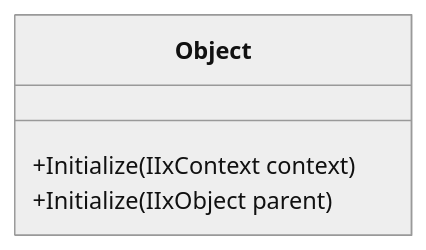
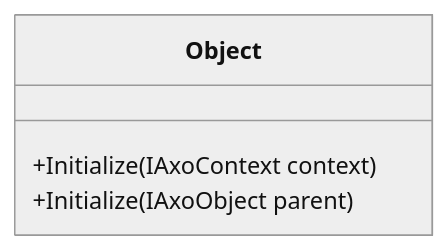
One commit to ix-ax/AXOpen changed the third of 4 diagrams in src/core/ctrl/README.md. Above: the diagram before and after it, drawn with Mermaid (neutral theme). The commit also changed other lines of this file and 179 other files, not shown here.

````diff
--- a/src/core/ctrl/README.md
+++ b/src/core/ctrl/README.md
@@ -80,7 +80,7 @@
 ```mermaid
   classDiagram
     class Object{
-        +Initialize(IIxContext context)
-        +Initialize(IIxObject parent)        
+        +Initialize(IAxoContext context)
+        +Initialize(IAxoObject parent)        
     }     
 ```
````
